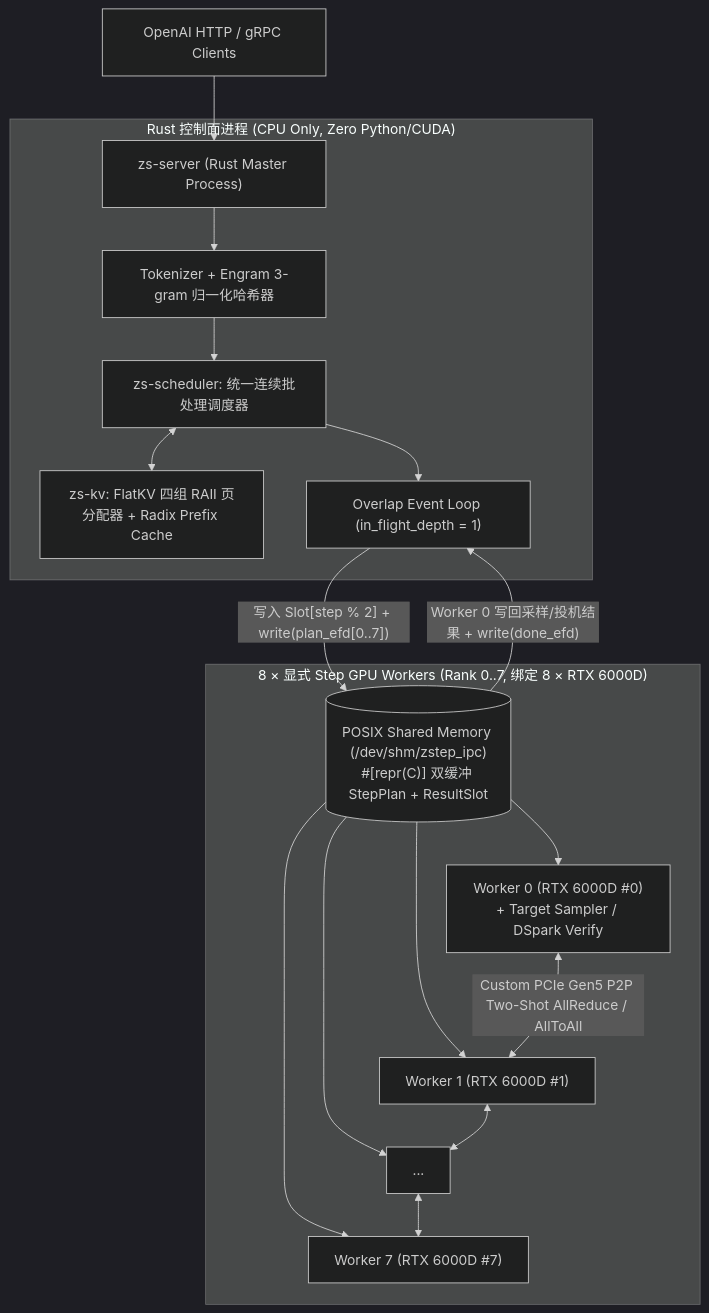
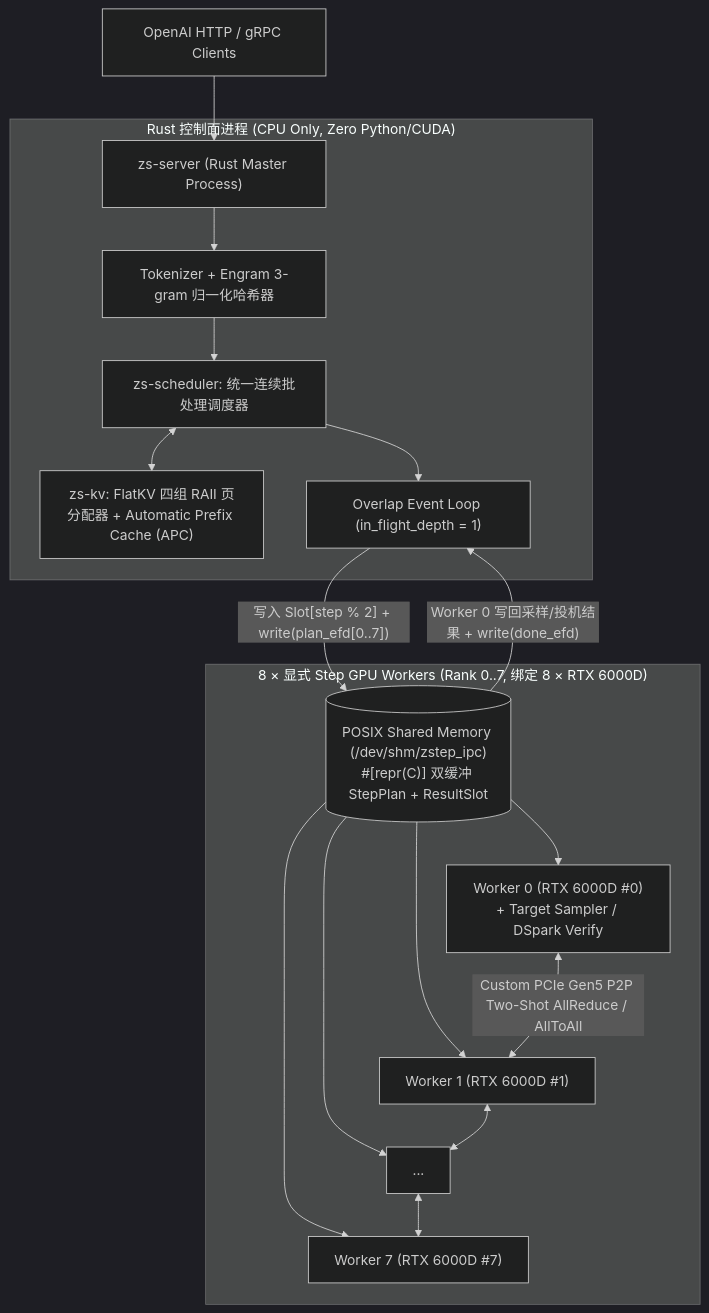
One commit to EeroEternal/zstep changed the first of 2 diagrams in docs/02-architecture.md. Above: the diagram before and after it, drawn with Mermaid (dark theme). The commit also changed other lines of this file and 14 other files, not shown here.

````diff
--- a/docs/02-architecture.md
+++ b/docs/02-architecture.md
@@ -11,24 +11,24 @@
 ```mermaid
 flowchart TD
     Client["OpenAI HTTP / gRPC Clients"] --> Server["zs-server (Rust Master Process)"]
 
     subgraph Master["Rust 控制面进程 (CPU Only, Zero Python/CUDA)"]
         Server --> Tok["Tokenizer + Engram 3-gram 归一化哈希器"]
         Tok --> Sched["zs-scheduler: 统一连续批处理调度器"]
-        Sched <--> KV["zs-kv: FlatKV 四组 RAII 页分配器 + Radix Prefix Cache"]
+        Sched <--> KV["zs-kv: FlatKV 四组 RAII 页分配器 + Automatic Prefix Cache (APC)"]
         Sched --> Loop["Overlap Event Loop (in_flight_depth = 1)"]
     end
 
     Loop -- "写入 Slot[step % 2] + write(plan_efd[0..7])" --> SHM[("POSIX Shared Memory (/dev/shm/zstep_ipc)\n#[repr(C)] 双缓冲 StepPlan + ResultSlot")]
     SHM -- "Worker 0 写回采样/投机结果 + write(done_efd)" --> Loop
 
     subgraph Workers["8 × 显式 Step GPU Workers (Rank 0..7, 绑定 8 × RTX 6000D)"]
         SHM --> W0["Worker 0 (RTX 6000D #0)\n+ Target Sampler / DSpark Verify"]
         SHM --> W1["Worker 1 (RTX 6000D #1)"]
         SHM --> Wdots["..."]
         SHM --> W7["Worker 7 (RTX 6000D #7)"]
         W0 <-->|"Custom PCIe Gen5 P2P Two-Shot AllReduce / AllToAll"| W1
         W1 <--> Wdots
         Wdots <--> W7
     end
 ```
````
